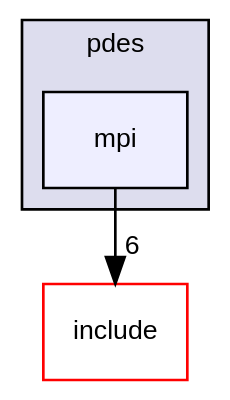
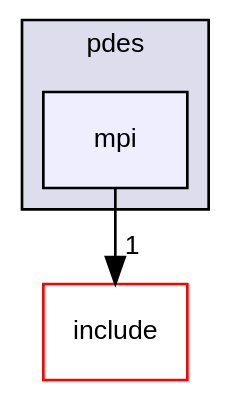
One commit to luca-heltai/fsi-suite changed the diagram in dir_d30ee247edb6922479131ed25252b151_dep.dot. Above: the diagram before and after it, drawn with Graphviz. The commit also changed 918 other files, not shown here.

```diff
--- a/dir_d30ee247edb6922479131ed25252b151_dep.dot
+++ b/dir_d30ee247edb6922479131ed25252b151_dep.dot
@@ -1,12 +1,12 @@
 digraph "source/pdes/mpi" {
   bgcolor=transparent;
   compound=true
   node [ fontsize="10", fontname="Helvetica"];
   edge [ labelfontsize="10", labelfontname="Helvetica"];
   subgraph clusterdir_863924b7d266e6f7561da03323982265 {
     graph [ bgcolor="#ddddee", pencolor="black", label="pdes" fontname="Helvetica", fontsize="10", URL="dir_863924b7d266e6f7561da03323982265.html"]
   dir_d30ee247edb6922479131ed25252b151 [shape=box, label="mpi", style="filled", fillcolor="#eeeeff", pencolor="black", URL="dir_d30ee247edb6922479131ed25252b151.html"];
   }
   dir_d44c64559bbebec7f509842c48db8b23 [shape=box label="include" color="red" URL="dir_d44c64559bbebec7f509842c48db8b23.html"];
-  dir_d30ee247edb6922479131ed25252b151->dir_d44c64559bbebec7f509842c48db8b23 [headlabel="6", labeldistance=1.5 headhref="dir_000011_000002.html"];
+  dir_d30ee247edb6922479131ed25252b151->dir_d44c64559bbebec7f509842c48db8b23 [headlabel="1", labeldistance=1.5 headhref="dir_000013_000002.html"];
 }
```
